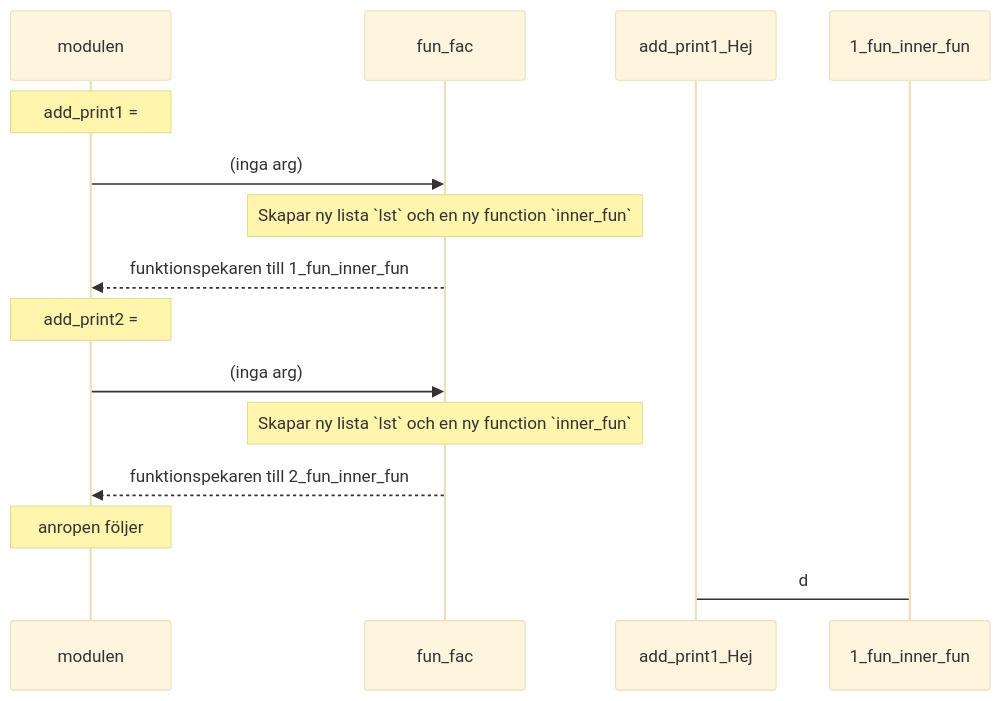
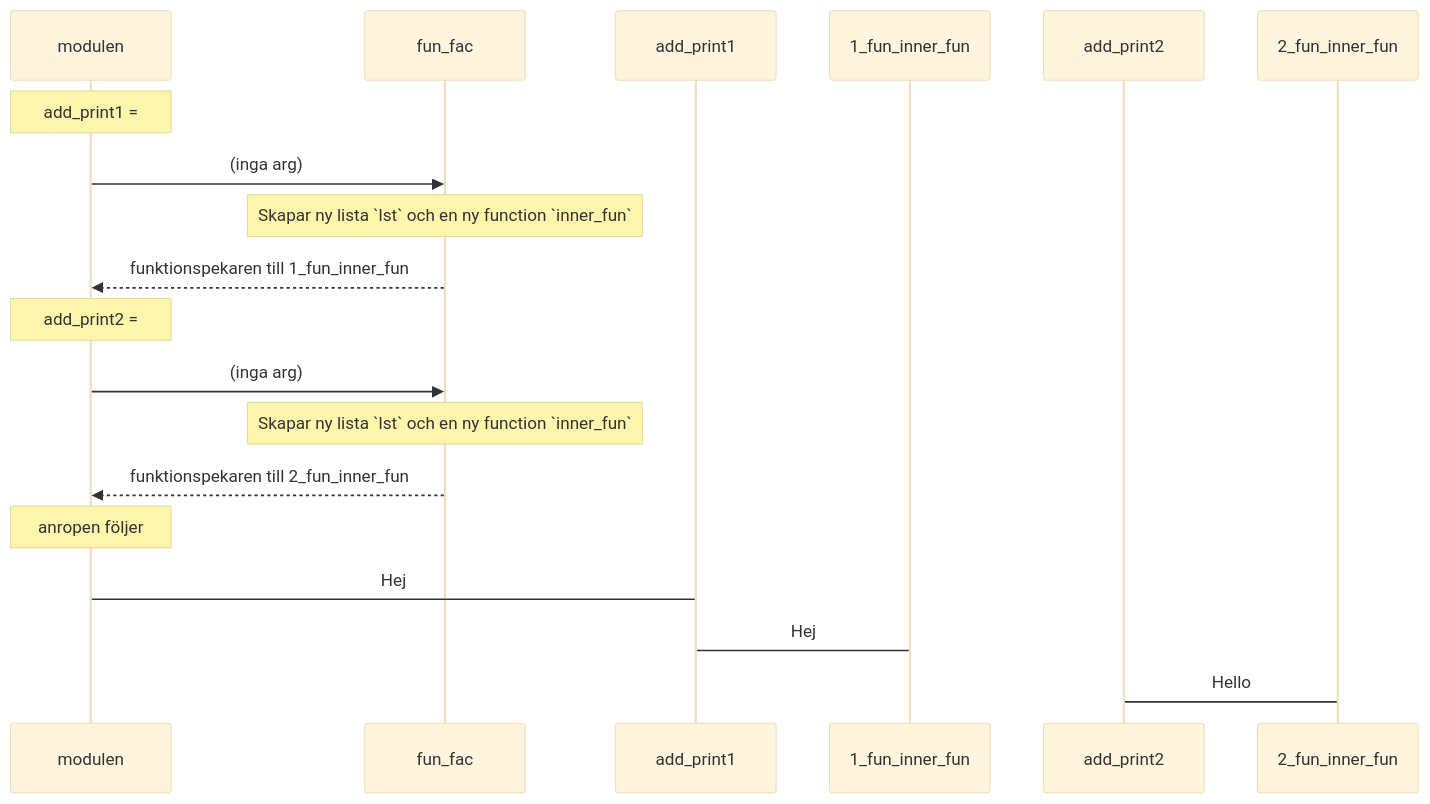
One commit to nackc8/py-live changed the fifth of 5 diagrams in ITINF24/lektion9/refs_scope.md. Above: the diagram before and after it, drawn with Mermaid (base theme).

Commit message:
autocommit complete 1027 (11)

````diff
--- a/ITINF24/lektion9/refs_scope.md
+++ b/ITINF24/lektion9/refs_scope.md
@@ -89,15 +89,17 @@
 ```mermaid
 sequenceDiagram
     Note over modulen: add_print1 =
     modulen->>fun_fac: (inga arg)
     Note over fun_fac: Skapar ny lista `lst` och en ny function `inner_fun`
     fun_fac-->>modulen: funktionspekaren till 1_fun_inner_fun
 
     Note over modulen: add_print2 =
     modulen->>fun_fac: (inga arg)
     Note over fun_fac: Skapar ny lista `lst` och en ny function `inner_fun`
     fun_fac-->>modulen: funktionspekaren till 2_fun_inner_fun
     Note over modulen: anropen följer
-    add_print1_Hej -> 1_fun_inner_fun: d
+    modulen->add_print1: Hej
+    add_print1->1_fun_inner_fun: Hej
+    add_print2->2_fun_inner_fun: Hello
 
 ```
````
